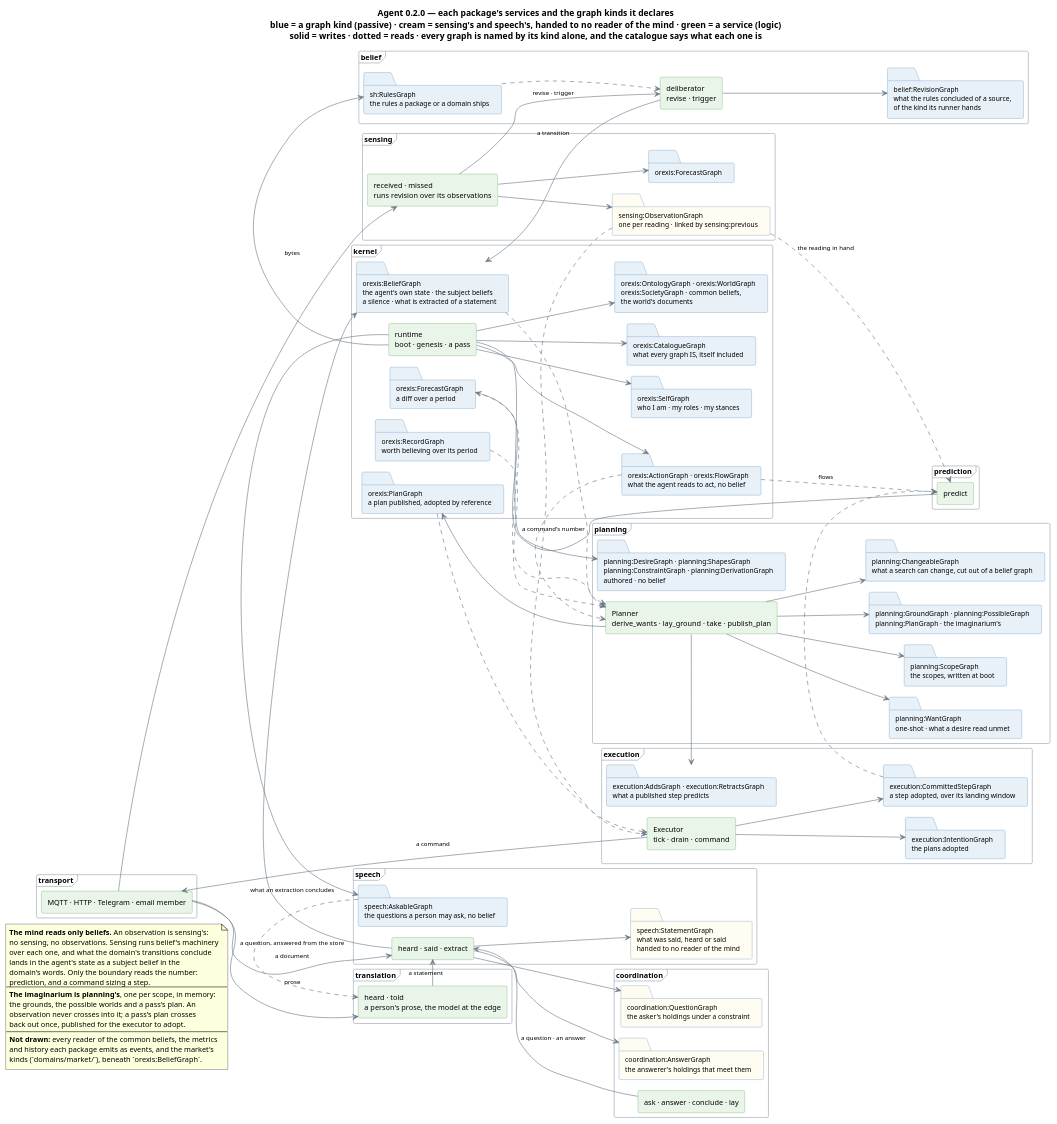
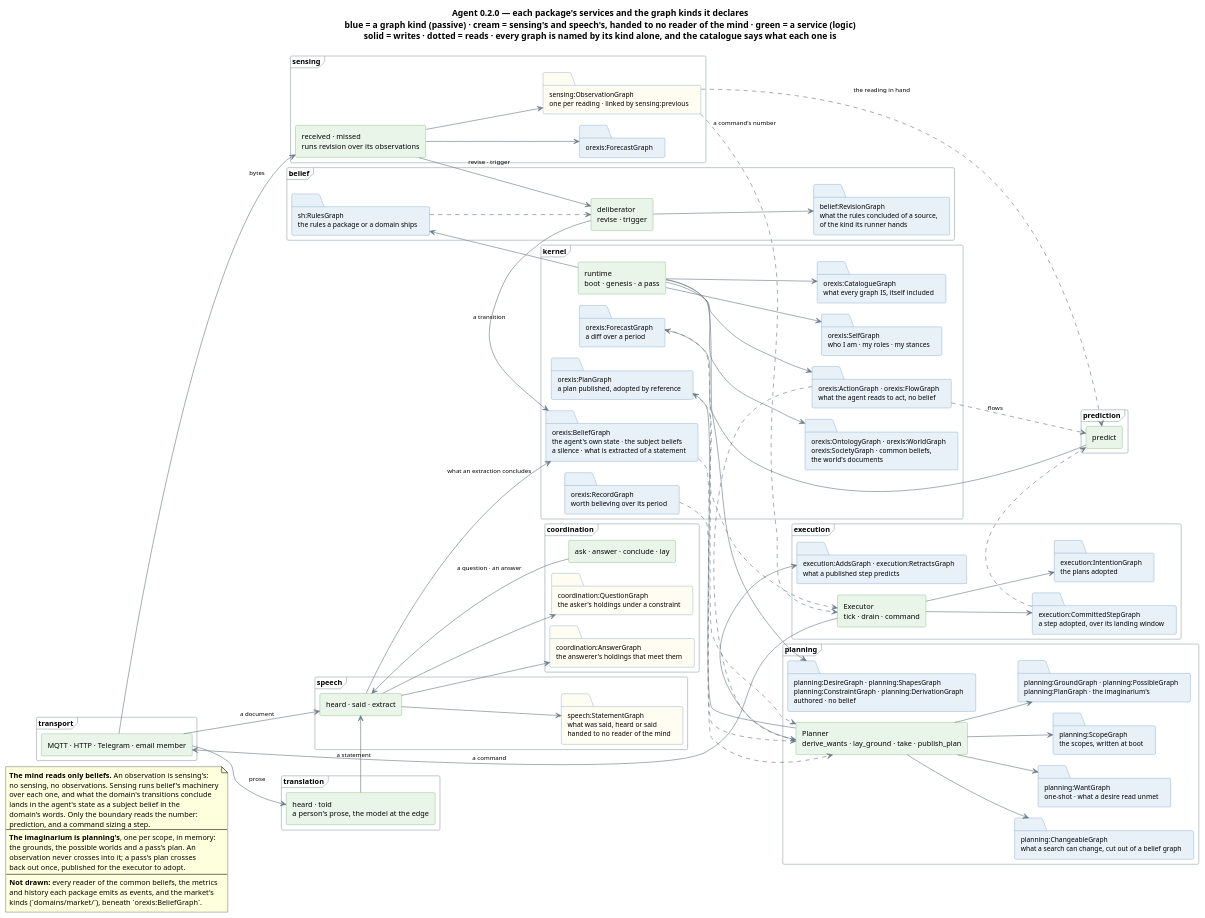
Before and after one commit to ShishkinDmitriy/orexis: the diagram in knowledge/diagrams/agent-structure.puml, drawn with PlantUML. The commit also changed 51 other files, not shown here.

```diff
--- a/knowledge/diagrams/agent-structure.puml
+++ b/knowledge/diagrams/agent-structure.puml
@@ -1,155 +1,152 @@
 @startuml agent-structure
 !pragma layout smetana
 title Agent 0.2.0 — each package's services and the graph kinds it declares\nblue = a graph kind (passive) · cream = sensing's and speech's, handed to no reader of the mind · green = a service (logic)\nsolid = writes · dotted = reads · every graph is named by its kind alone, and the catalogue says what each one is
 
 left to right direction
 skinparam componentStyle rectangle
 skinparam shadowing false
 skinparam defaultFontSize 12
 skinparam titleFontSize 14
 skinparam ArrowFontSize 10
 skinparam ArrowColor #6B7A88
 skinparam folder {
   BackgroundColor #E8F1F8
   BorderColor #5B8DB8
   FontSize 11
 }
 skinparam component {
   BackgroundColor #EAF5EA
   BorderColor #5E9E5E
 }
 skinparam frame {
   BorderColor #9AA5B1
   FontSize 12
 }
 
 frame "transport" {
   component "MQTT · HTTP · Telegram · email member" as TR
 }
 
 frame "sensing" {
   component "received · missed\nruns revision over its observations" as SEN
   folder "sensing:ObservationGraph\none per reading · linked by sensing:previous" as obs #FFFCF2
   folder "orexis:ForecastGraph" as fc
 }
 
 frame "speech" {
   component "heard · said · extract" as SP
   folder "speech:StatementGraph\nwhat was said, heard or said\nhanded to no reader of the mind" as utt #FFFCF2
-  folder "speech:AskableGraph\nthe questions a person may ask, no belief" as askg
 }
 
 frame "translation" {
   component "heard · told\na person's prose, the model at the edge" as TRL
 }
 
 frame "coordination" {
   component "ask · answer · conclude · lay" as CO
   folder "coordination:QuestionGraph\nthe asker's holdings under a constraint" as que #FFFCF2
   folder "coordination:AnswerGraph\nthe answerer's holdings that meet them" as ans #FFFCF2
 }
 
 frame "belief" {
   component "deliberator\nrevise · trigger" as DEL
   folder "belief:RevisionGraph\nwhat the rules concluded of a source,\nof the kind its runner hands" as rev
   folder "sh:RulesGraph\nthe rules a package or a domain ships" as rules
 }
 
 frame "kernel" {
   component "runtime\nboot · genesis · a pass" as RT
   folder "orexis:CatalogueGraph\nwhat every graph IS, itself included" as cat
   folder "orexis:OntologyGraph · orexis:WorldGraph\norexis:SocietyGraph · common beliefs,\nthe world's documents" as pub
   folder "orexis:ActionGraph · orexis:FlowGraph\nwhat the agent reads to act, no belief" as acts
   folder "orexis:SelfGraph\nwho I am · my roles · my stances" as self
   folder "orexis:BeliefGraph\nthe agent's own state · the subject beliefs\na silence · what is extracted of a statement" as st
   folder "orexis:ForecastGraph\na diff over a period" as pr
   folder "orexis:PlanGraph\na plan published, adopted by reference" as plan
   folder "orexis:RecordGraph\nworth believing over its period" as rec
 }
 
 frame "prediction" {
   component "predict" as PRE
 }
 
 frame "planning" {
   component "Planner\nderive_wants · lay_ground · take · publish_plan" as PL
   folder "planning:DesireGraph · planning:ShapesGraph\nplanning:ConstraintGraph · planning:DerivationGraph\nauthored · no belief" as des
   folder "planning:WantGraph\none-shot · what a desire read unmet" as want
   folder "planning:ScopeGraph\nthe scopes, written at boot" as scope
   folder "planning:GroundGraph · planning:PossibleGraph\nplanning:PlanGraph · the imaginarium's" as img
   folder "planning:ChangeableGraph\nwhat a search can change, cut out of a belief graph" as cut
 }
 
 frame "execution" {
   component "Executor\ntick · drain · command" as EX
   folder "execution:IntentionGraph\nthe plans adopted" as int
   folder "execution:CommittedStepGraph\na step adopted, over its landing window" as cs
   folder "execution:AddsGraph · execution:RetractsGraph\nwhat a published step predicts" as diff
 }
 
 ' ───────────────────────── who writes what ─────────────────────────
 
 RT  --> cat
 RT  --> pub
 RT  --> acts
 RT  --> self
 RT  --> des
 RT  --> rules
-RT  --> askg
 TR  --> TRL : prose
 TRL --> SP : a statement
 TR  --> SEN : bytes
 TR  --> SP : a document
 SEN --> obs
 SEN --> fc
 SEN --> DEL : revise · trigger
 DEL --> rev
 DEL --> st : a transition
 SP  --> utt
 SP  --> st : what an extraction concludes
 CO  --> SP : a question · an answer
 SP  --> que
 SP  --> ans
 PRE --> pr
 PL  --> scope
 PL  --> want
 PL  --> img
 PL  --> cut
 PL  --> plan
 PL  --> diff
 EX  --> int
 EX  --> cs
 EX  --> TR : a command
 
 ' ───────────────────────── who reads what ─────────────────────────
 
 obs ..> PRE : the reading in hand
 obs ..> EX : a command's number
 cs  ..> PRE
 st  ..> PL
 pr  ..> PL
 rec ..> PL
 plan ..> EX
 rules ..> DEL
 acts ..> PL
 acts ..> PRE : flows
-askg ..> TRL : a question, answered from the store
 
 note as N1
   **The mind reads only beliefs.** An observation is sensing's:
   no sensing, no observations. Sensing runs belief's machinery
   over each one, and what the domain's transitions conclude
   lands in the agent's state as a subject belief in the
   domain's words. Only the boundary reads the number:
   prediction, and a command sizing a step.
   ----
   **The imaginarium is planning's**, one per scope, in memory:
   the grounds, the possible worlds and a pass's plan. An
   observation never crosses into it; a pass's plan crosses
   back out once, published for the executor to adopt.
   ----
   **Not drawn:** every reader of the common beliefs, the metrics
   and history each package emits as events, and the market's
   kinds (`domains/market/`), beneath `orexis:BeliefGraph`.
 end note
 @enduml
```
